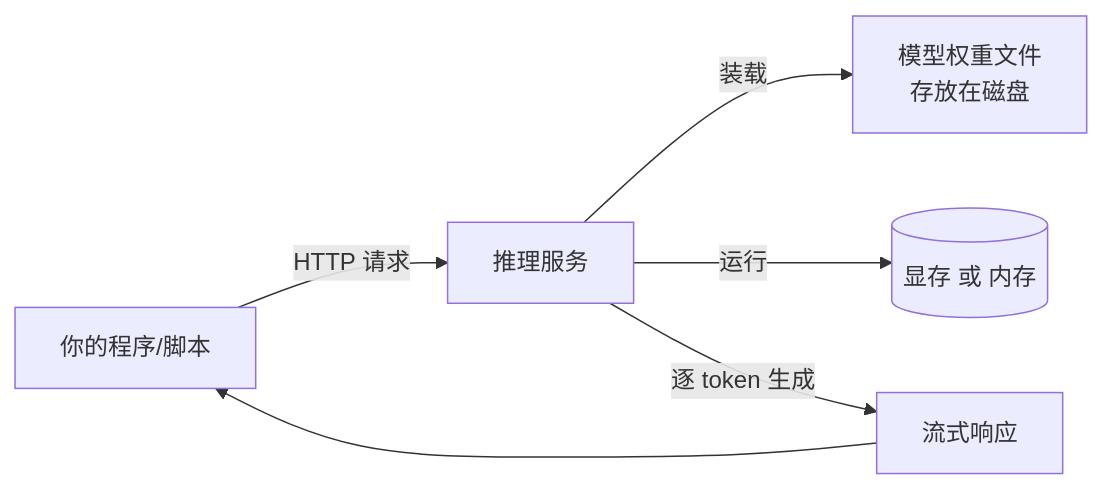
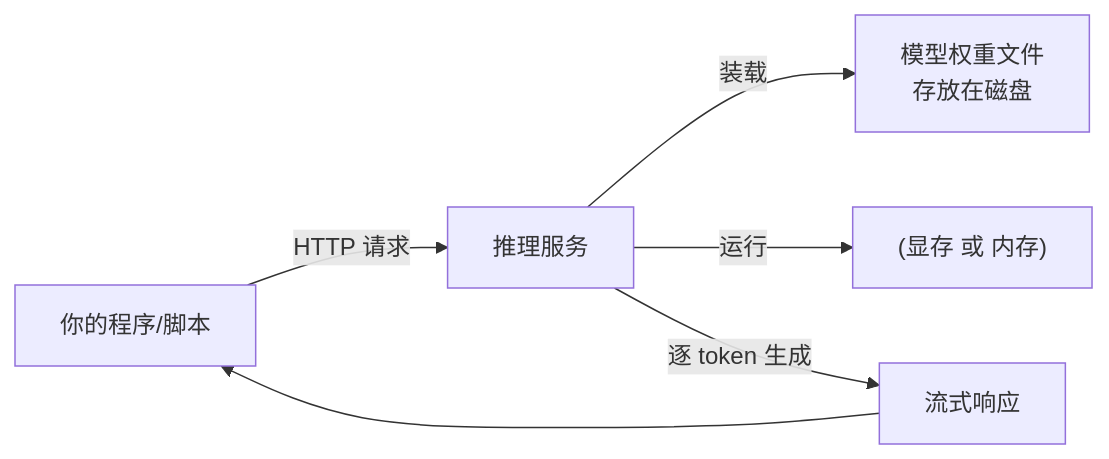
One commit to Bahtya/llm-learning changed the diagram in content-v2/part1/1-1.md. Above: the diagram before and after it, drawn with Mermaid. The commit also changed 10 other files, not shown here.

Commit message:
mermaid 节点标签全量加引号防解析失败；index.html 静态资源加版本参数穿透缓存

````diff
--- a/content-v2/part1/1-1.md
+++ b/content-v2/part1/1-1.md
@@ -22,8 +22,8 @@
 ```mermaid
 graph LR
-    A[你的程序/脚本] -- HTTP 请求 --> B[推理服务]
-    B -- 装载 --> C[模型权重文件<br/>存放在磁盘]
-    B -- 运行 --> D[(显存 或 内存)]
-    B -- 逐 token 生成 --> E[流式响应]
+    A["你的程序/脚本"] -- HTTP 请求 --> B["推理服务"]
+    B -- 装载 --> C["模型权重文件<br/>存放在磁盘"]
+    B -- 运行 --> D["(显存 或 内存)"]
+    B -- 逐 token 生成 --> E["流式响应"]
     E --> A
 ```
````
